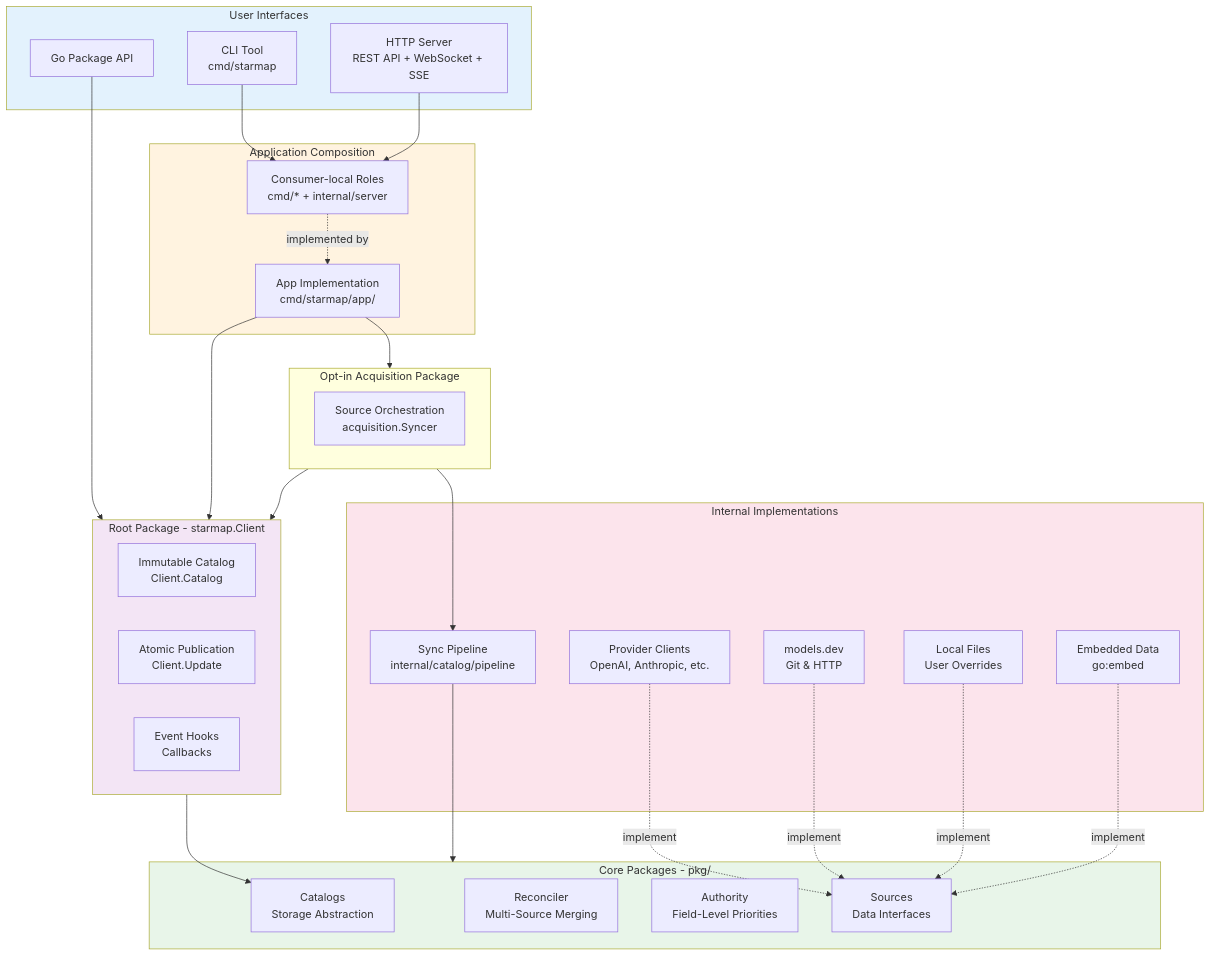
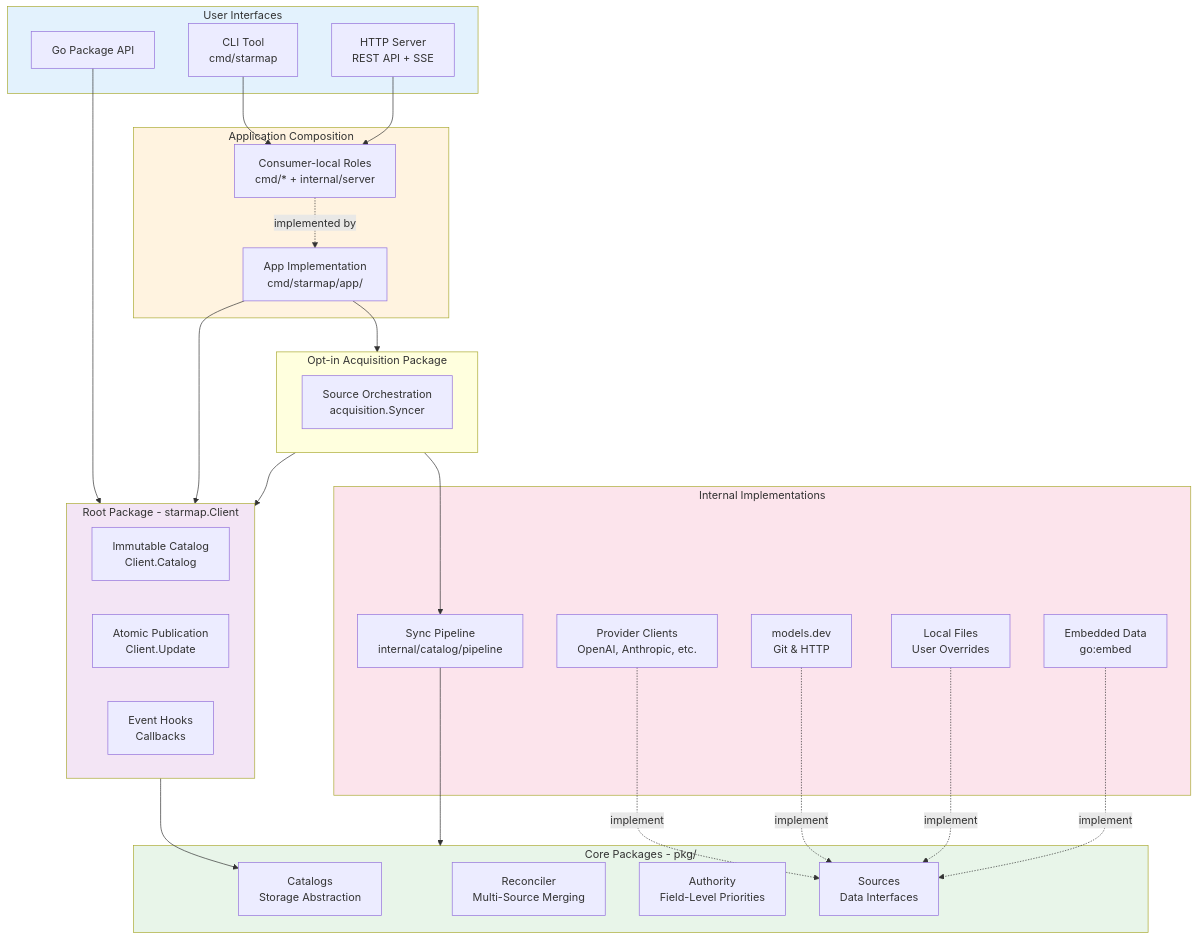
One commit to agentstation/starmap changed the first of 8 diagrams in docs/ARCHITECTURE.md. Above: the diagram before and after it, drawn with Mermaid. The commit also changed other lines of this file and 53 other files, not shown here.

````diff
--- a/docs/ARCHITECTURE.md
+++ b/docs/ARCHITECTURE.md
@@ -37,56 +37,56 @@
 ```mermaid
 graph TB
     subgraph UI["User Interfaces"]
         CLI[CLI Tool<br/>cmd/starmap]
         GO[Go Package API]
-        HTTP[HTTP Server<br/>REST API + WebSocket + SSE]
+        HTTP[HTTP Server<br/>REST API + SSE]
     end
 
     subgraph APP["Application Composition"]
         APPIF[Consumer-local Roles<br/>cmd/* + internal/server]
         APPIMPL[App Implementation<br/>cmd/starmap/app/]
     end
 
     subgraph ROOT["Root Package - starmap.Client"]
         READ[Immutable Catalog<br/>Client.Catalog]
         PUBLISH[Atomic Publication<br/>Client.Update]
         HOOKS[Event Hooks<br/>Callbacks]
     end
 
     subgraph ACQ["Opt-in Acquisition Package"]
         SYNC[Source Orchestration<br/>acquisition.Syncer]
     end
 
     subgraph CORE["Core Packages - pkg/"]
         CAT[Catalogs<br/>Storage Abstraction]
         REC[Reconciler<br/>Multi-Source Merging]
         AUTH[Authority<br/>Field-Level Priorities]
         SOURCES[Sources<br/>Data Interfaces]
     end
 
     subgraph IMPL["Internal Implementations"]
         PIPE[Sync Pipeline<br/>internal/catalog/pipeline]
         EMBED[Embedded Data<br/>go:embed]
         PROVS[Provider Clients<br/>OpenAI, Anthropic, etc.]
         MODELS[models.dev<br/>Git & HTTP]
         LOCAL[Local Files<br/>User Overrides]
     end
 
     CLI --> APPIF
     GO --> ROOT
     HTTP --> APPIF
     APPIF -.implemented by.-> APPIMPL
     APPIMPL --> ROOT
     APPIMPL --> ACQ
     ACQ --> PIPE
     ACQ --> ROOT
     ROOT --> CAT
     PIPE --> CORE
     PROVS & MODELS & LOCAL & EMBED -.implement.-> SOURCES
 
     style UI fill:#e3f2fd
     style APP fill:#fff3e0
     style ROOT fill:#f3e5f5
     style CORE fill:#e8f5e9
     style IMPL fill:#fce4ec
 ```
````
